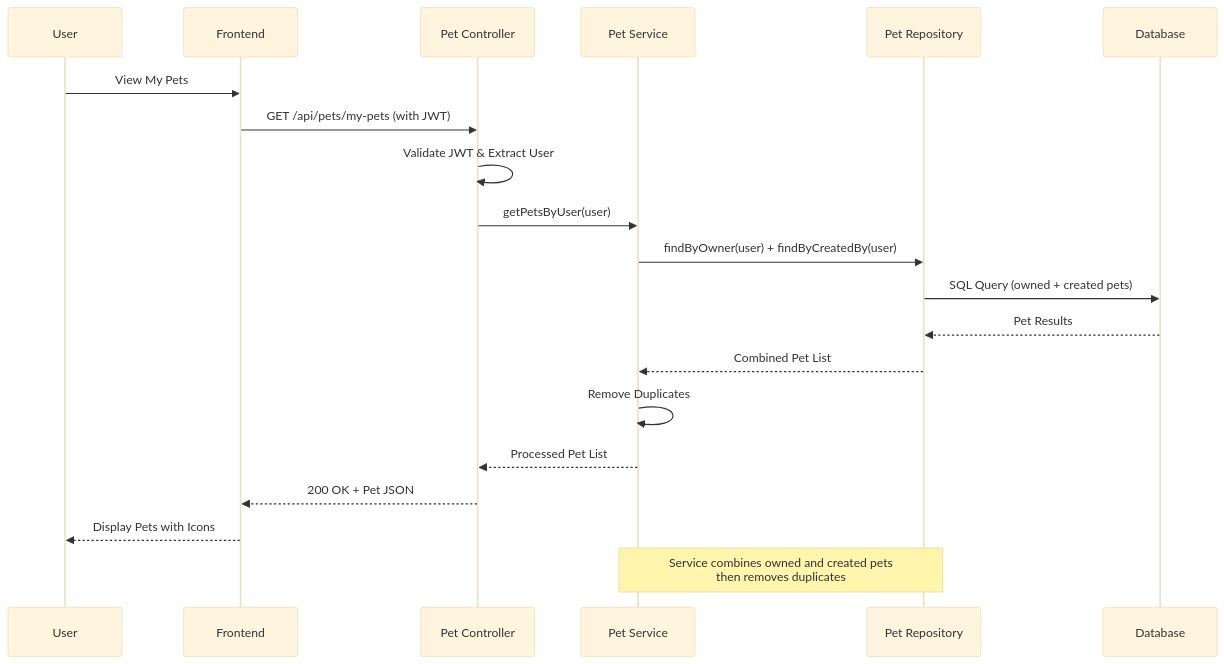
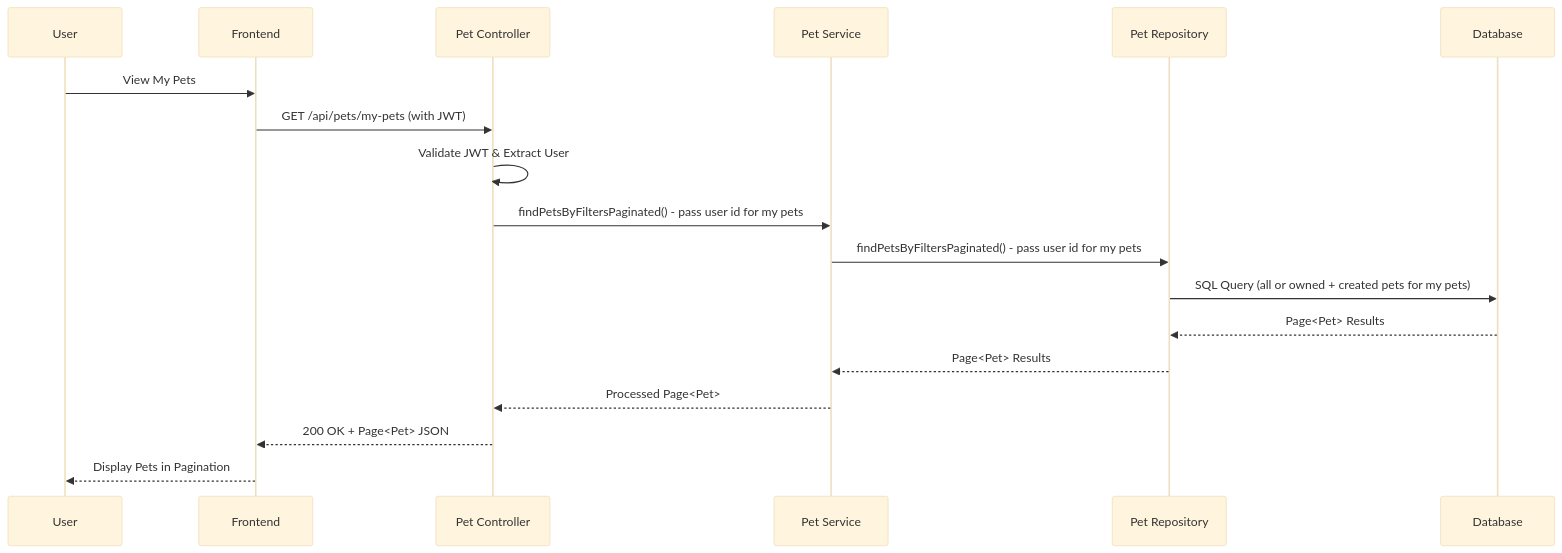
One commit to azlicn/pet-store changed the seventh of 14 diagrams in README.md. Above: the diagram before and after it, drawn with Mermaid (base theme). The commit also changed other lines of this file and 59 other files, not shown here.

````diff
--- a/README.md
+++ b/README.md
@@ -219,24 +403,22 @@
 ```mermaid
 sequenceDiagram
     participant U as User
     participant F as Frontend
     participant P as Pet Controller
     participant S as Pet Service
     participant R as Pet Repository
     participant D as Database
 
     U->>F: View My Pets
     F->>P: GET /api/pets/my-pets (with JWT)
     P->>P: Validate JWT & Extract User
-    P->>S: getPetsByUser(user)
-    S->>R: findByOwner(user) + findByCreatedBy(user)
-    R->>D: SQL Query (owned + created pets)
-    D-->>R: Pet Results
-    R-->>S: Combined Pet List
-    S->>S: Remove Duplicates
-    S-->>P: Processed Pet List
-    P-->>F: 200 OK + Pet JSON
-    F-->>U: Display Pets with Icons
+    P->>S: findPetsByFiltersPaginated() - pass user id for my pets
+    S->>R: findPetsByFiltersPaginated() - pass user id for my pets
+    R->>D: SQL Query (all or owned + created pets for my pets)
+    D-->>R: Page<Pet> Results
+    R-->>S: Page<Pet> Results
+    S-->>P: Processed Page<Pet>
+    P-->>F: 200 OK + Page<Pet> JSON
+    F-->>U: Display Pets in Pagination
     
-    Note over S,R: Service combines owned and created pets<br/>then removes duplicates
 ```
````
